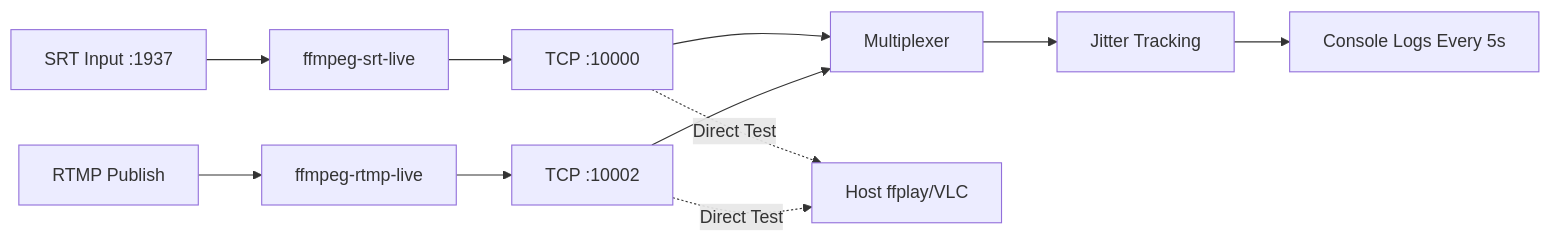
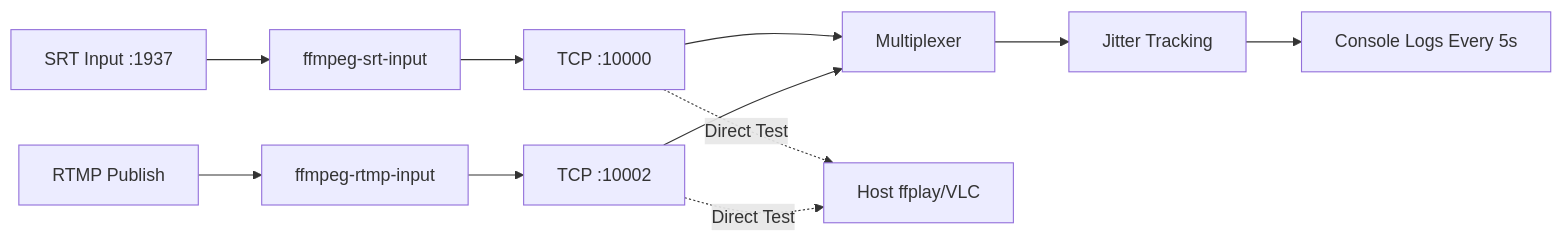
Before and after one commit to nulligun/latestrelayer: the diagram in JITTER_DEBUG_IMPLEMENTATION.md, drawn with Mermaid. The commit also changed other lines of this file and 27 other files, not shown here.

````diff
--- a/JITTER_DEBUG_IMPLEMENTATION.md
+++ b/JITTER_DEBUG_IMPLEMENTATION.md
@@ -171,15 +171,15 @@
 ```mermaid
 graph LR
-    A[SRT Input :1937] --> B[ffmpeg-srt-live]
+    A[SRT Input :1937] --> B[ffmpeg-srt-input]
     B --> C[TCP :10000]
     C --> D[Multiplexer]
     C -.Direct Test.-> H[Host ffplay/VLC]
     
-    E[RTMP Publish] --> F[ffmpeg-rtmp-live]
+    E[RTMP Publish] --> F[ffmpeg-rtmp-input]
     F --> G[TCP :10002]
     G --> D
     G -.Direct Test.-> H
     
     D --> I[Jitter Tracking]
     I --> J[Console Logs Every 5s]
 ```
````
